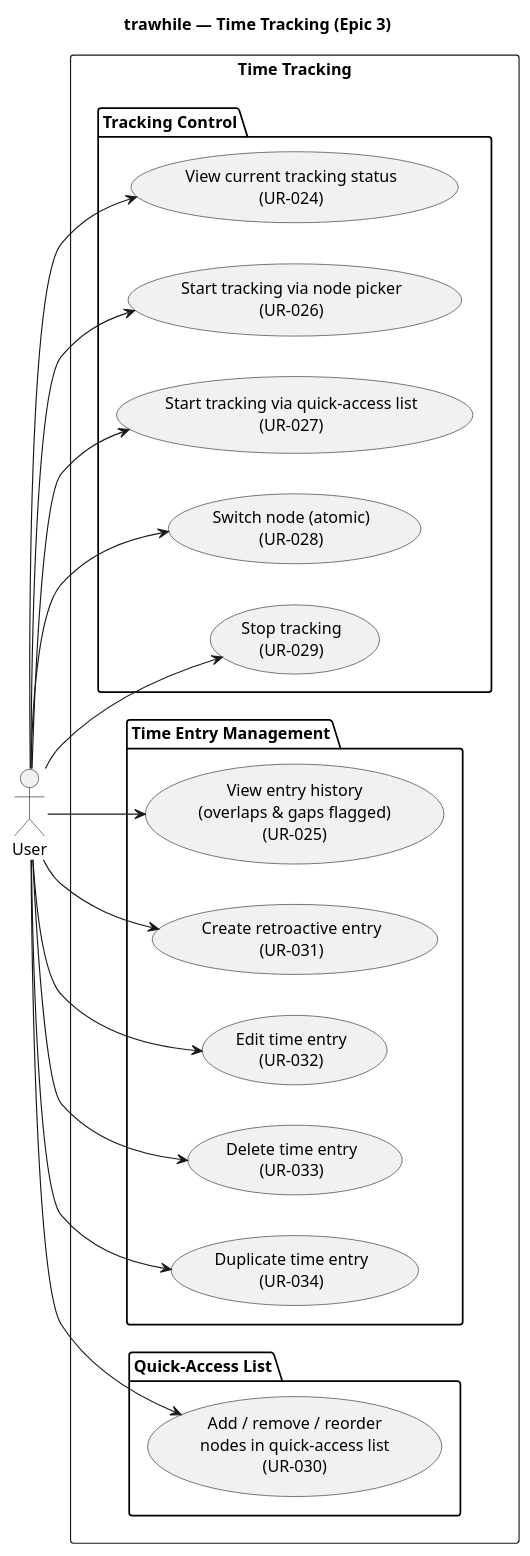
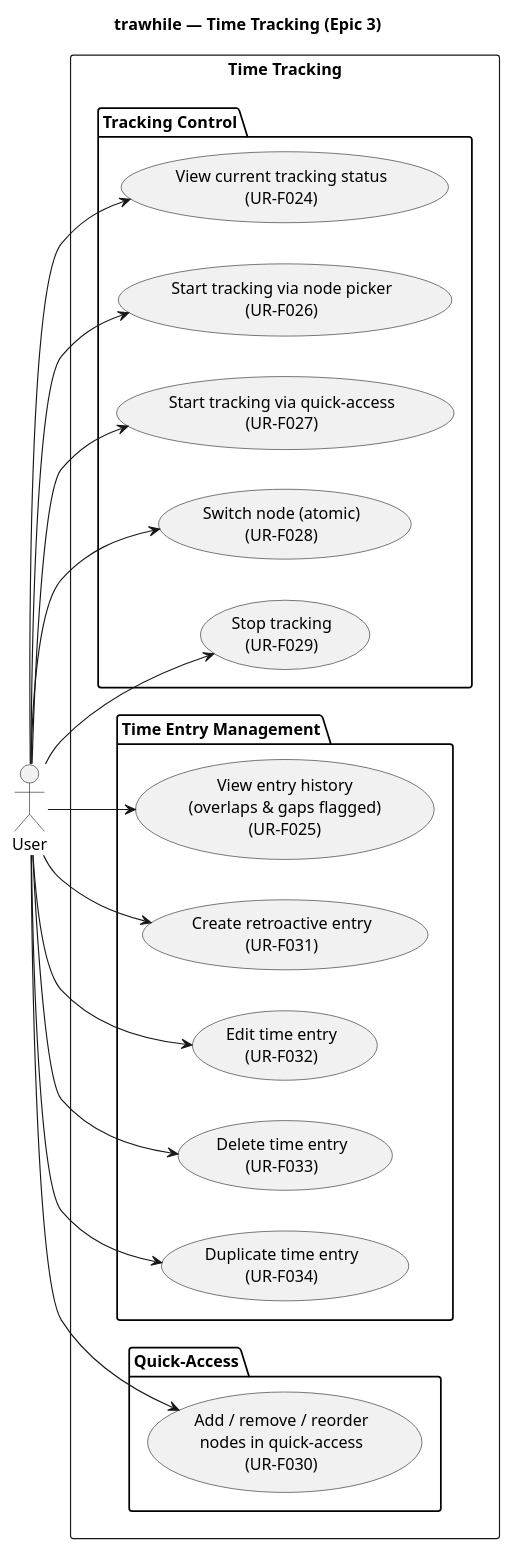
The diagram in docs/uml/use-cases-tracking.puml (uCore7/trawhile), drawn with PlantUML before and after one commit. The commit also changed 78 other files, not shown here.

```diff
--- a/docs/uml/use-cases-tracking.puml
+++ b/docs/uml/use-cases-tracking.puml
@@ -1,40 +1,40 @@
 @startuml use-cases-tracking
 title trawhile — Time Tracking (Epic 3)
 
 left to right direction
 
 actor "User" as User
 
 rectangle "Time Tracking" {
     package "Tracking Control" {
-        usecase "View current tracking status\n(UR-024)" as UC_TrackStatus
-        usecase "Start tracking via node picker\n(UR-026)" as UC_StartPicker
-        usecase "Start tracking via quick-access list\n(UR-027)" as UC_StartQuick
-        usecase "Switch node (atomic)\n(UR-028)" as UC_Switch
-        usecase "Stop tracking\n(UR-029)" as UC_Stop
+        usecase "View current tracking status\n(UR-F024)" as UC_TrackStatus
+        usecase "Start tracking via node picker\n(UR-F026)" as UC_StartPicker
+        usecase "Start tracking via quick-access\n(UR-F027)" as UC_StartQuick
+        usecase "Switch node (atomic)\n(UR-F028)" as UC_Switch
+        usecase "Stop tracking\n(UR-F029)" as UC_Stop
     }
     package "Time Entry Management" {
-        usecase "View entry history\n(overlaps & gaps flagged)\n(UR-025)" as UC_History
-        usecase "Create retroactive entry\n(UR-031)" as UC_CreateEntry
-        usecase "Edit time entry\n(UR-032)" as UC_EditEntry
-        usecase "Delete time entry\n(UR-033)" as UC_DeleteEntry
-        usecase "Duplicate time entry\n(UR-034)" as UC_DuplicateEntry
+        usecase "View entry history\n(overlaps & gaps flagged)\n(UR-F025)" as UC_History
+        usecase "Create retroactive entry\n(UR-F031)" as UC_CreateEntry
+        usecase "Edit time entry\n(UR-F032)" as UC_EditEntry
+        usecase "Delete time entry\n(UR-F033)" as UC_DeleteEntry
+        usecase "Duplicate time entry\n(UR-F034)" as UC_DuplicateEntry
     }
-    package "Quick-Access List" {
-        usecase "Add / remove / reorder\nnodes in quick-access list\n(UR-030)" as UC_QuickAccess
+    package "Quick-Access" {
+        usecase "Add / remove / reorder\nnodes in quick-access\n(UR-F030)" as UC_QuickAccess
     }
 }
 
 User --> UC_TrackStatus
 User --> UC_StartPicker
 User --> UC_StartQuick
 User --> UC_Switch
 User --> UC_Stop
 User --> UC_History
 User --> UC_CreateEntry
 User --> UC_EditEntry
 User --> UC_DeleteEntry
 User --> UC_DuplicateEntry
 User --> UC_QuickAccess
 
 @enduml
```
